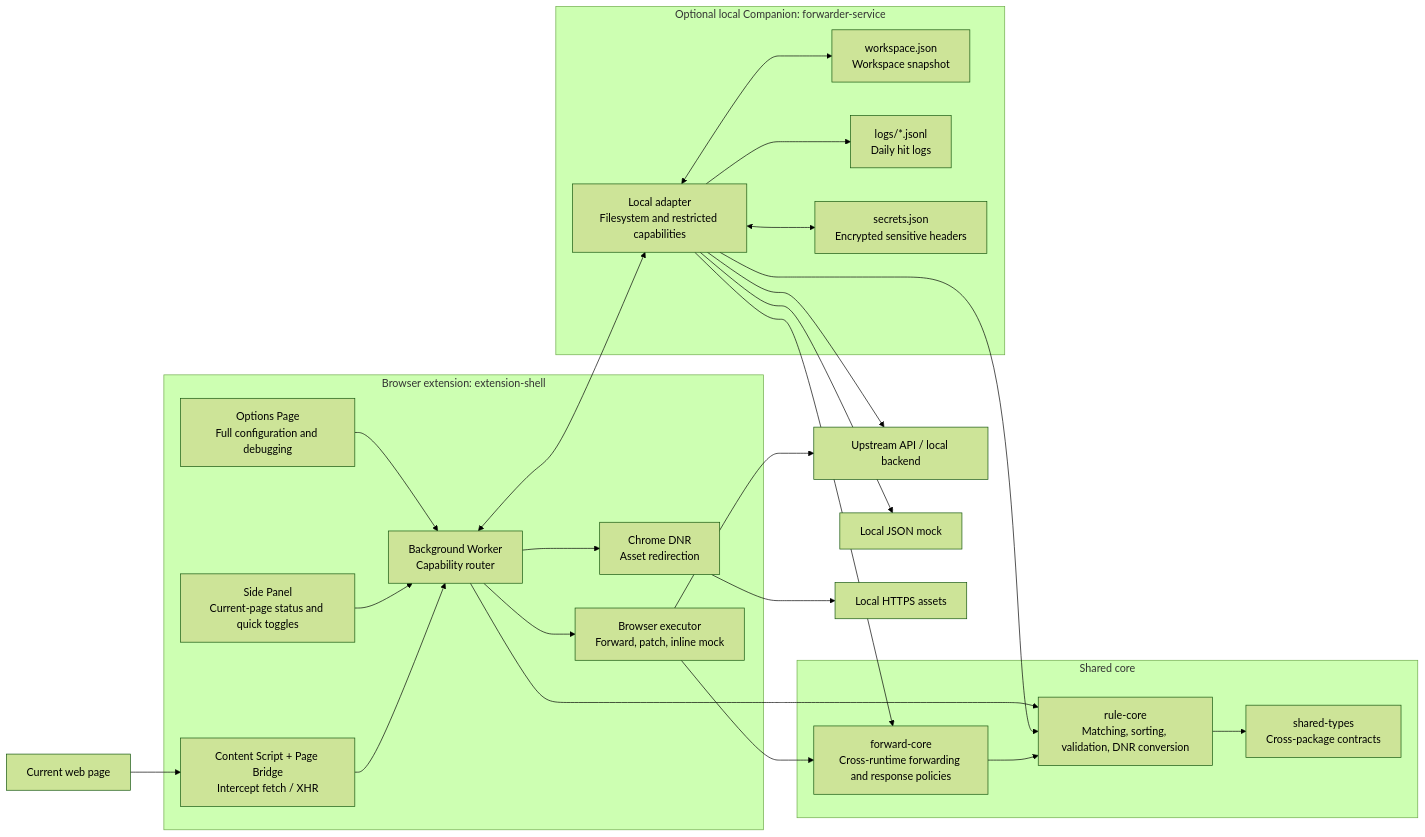
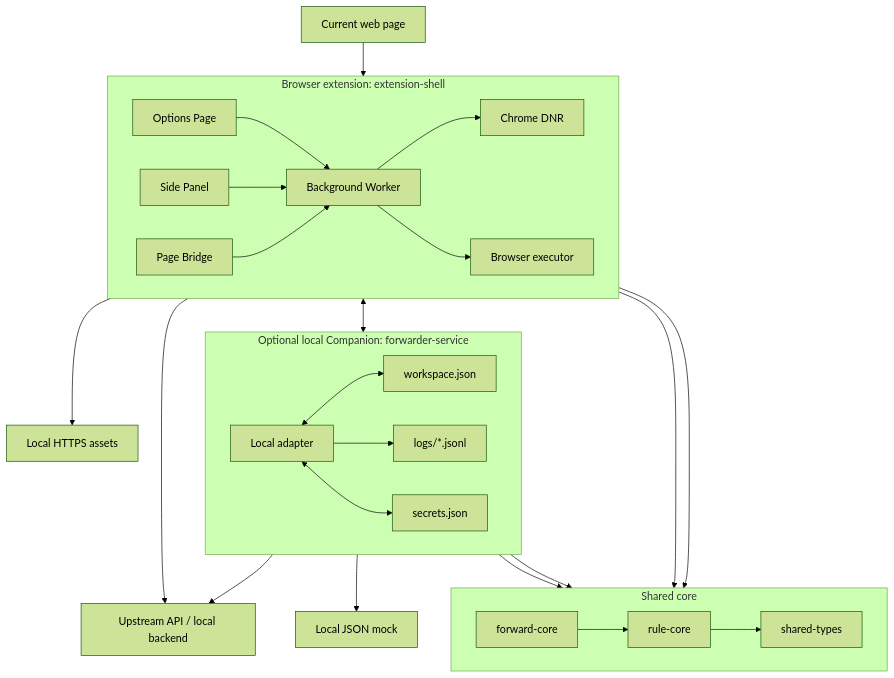
Before and after one commit to real-jacket/resource-forwarder: the first of 4 diagrams in README.md, drawn with Mermaid (forest theme). The commit also changed other lines of this file and 1 other file, not shown here.

Commit message:
docs: fix GitHub flowchart rendering

````diff
--- a/README.md
+++ b/README.md
@@ -85,50 +85,53 @@
 ```mermaid
-flowchart LR
+flowchart TB
   subgraph Extension["Browser extension: extension-shell"]
-    Options["Options Page<br/>Full configuration and debugging"]
-    SidePanel["Side Panel<br/>Current-page status and quick toggles"]
-    Background["Background Worker<br/>Capability router"]
-    BrowserExecutor["Browser executor<br/>Forward, patch, inline mock"]
-    Bridge["Content Script + Page Bridge<br/>Intercept fetch / XHR"]
-    DNR["Chrome DNR<br/>Asset redirection"]
+    direction LR
+    Options["Options Page"]
+    SidePanel["Side Panel"]
+    Bridge["Page Bridge"]
+    Background["Background Worker"]
+    BrowserExecutor["Browser executor"]
+    DNR["Chrome DNR"]
   end
 
   subgraph Core["Shared core"]
-    Types["shared-types<br/>Cross-package contracts"]
-    RuleCore["rule-core<br/>Matching, sorting, validation, DNR conversion"]
-    ForwardCore["forward-core<br/>Cross-runtime forwarding and response policies"]
+    direction LR
+    Types["shared-types"]
+    RuleCore["rule-core"]
+    ForwardCore["forward-core"]
   end
 
   subgraph Service["Optional local Companion: forwarder-service"]
-    Forward["Local adapter<br/>Filesystem and restricted capabilities"]
-    Workspace["workspace.json<br/>Workspace snapshot"]
-    Logs["logs/*.jsonl<br/>Daily hit logs"]
-    Secrets["secrets.json<br/>Encrypted sensitive headers"]
+    direction LR
+    Forward["Local adapter"]
+    Workspace["workspace.json"]
+    Logs["logs/*.jsonl"]
+    Secrets["secrets.json"]
   end
 
   Page["Current web page"]
   Upstream["Upstream API / local backend"]
   MockFile["Local JSON mock"]
   Assets["Local HTTPS assets"]
 
   Options --> Background
   SidePanel --> Background
   Page --> Bridge
   Bridge --> Background
   Background --> DNR
   Background --> BrowserExecutor
   Background <--> Forward
   Background --> RuleCore
   Forward --> RuleCore
   BrowserExecutor --> ForwardCore
   Forward --> ForwardCore
   RuleCore --> Types
   ForwardCore --> RuleCore
   Forward <--> Workspace
   Forward --> Logs
   Forward <--> Secrets
   DNR --> Assets
   BrowserExecutor --> Upstream
   Forward --> Upstream
   Forward --> MockFile
 ```
````
